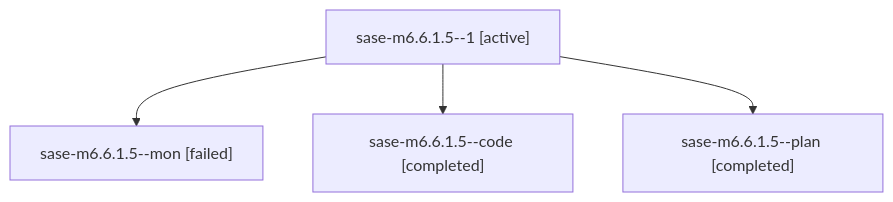
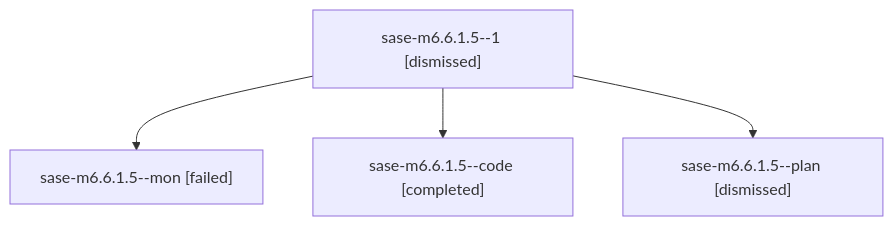
The diagram in families/bbugyi200.athena.sase-m6.6.1.5.md (sase-org/sase--agents), drawn with Mermaid before and after one commit. The commit also changed other lines of this file and 204 other files, not shown here.

````diff
--- a/families/bbugyi200.athena.sase-m6.6.1.5.md
+++ b/families/bbugyi200.athena.sase-m6.6.1.5.md
@@ -9,10 +9,10 @@
 ```mermaid
 flowchart TD
-  n0["sase-m6.6.1.5--1 [active]"]
+  n0["sase-m6.6.1.5--1 [dismissed]"]
   n1["sase-m6.6.1.5--mon [failed]"]
   n0 --> n1
   n2["sase-m6.6.1.5--code [completed]"]
   n0 --> n2
-  n3["sase-m6.6.1.5--plan [completed]"]
+  n3["sase-m6.6.1.5--plan [dismissed]"]
   n0 --> n3
 ```
````
